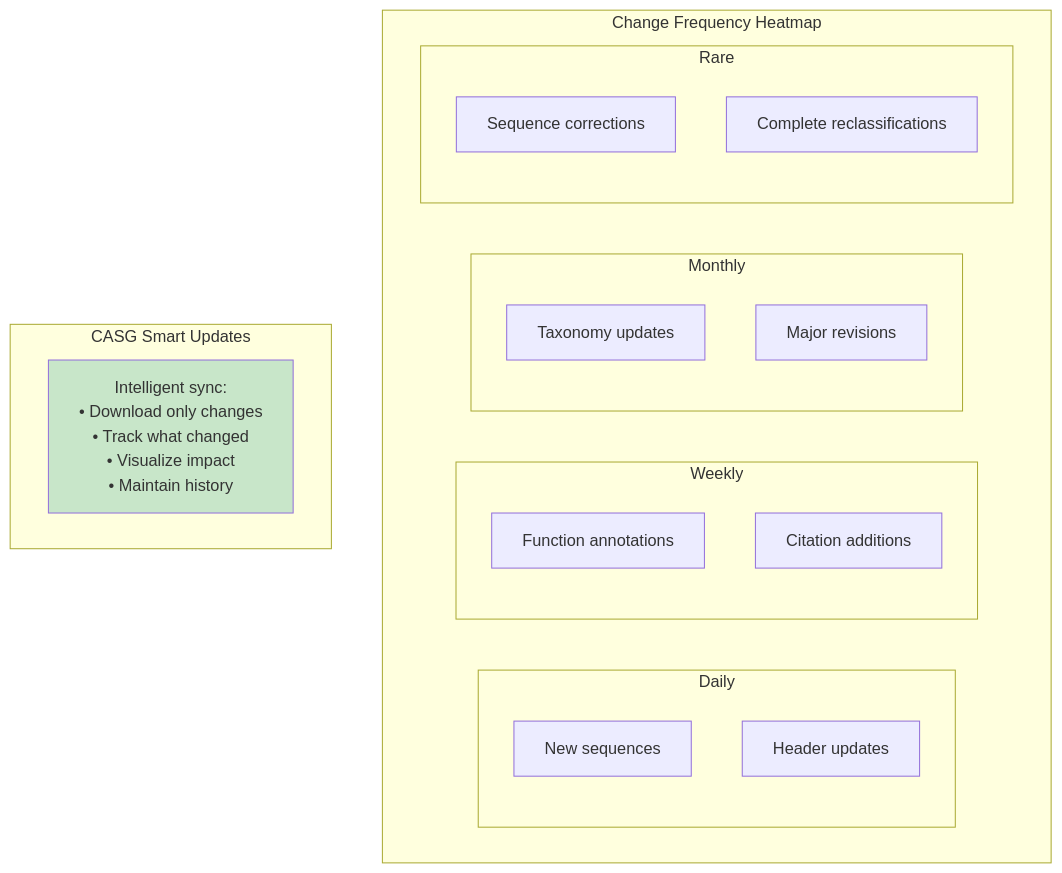
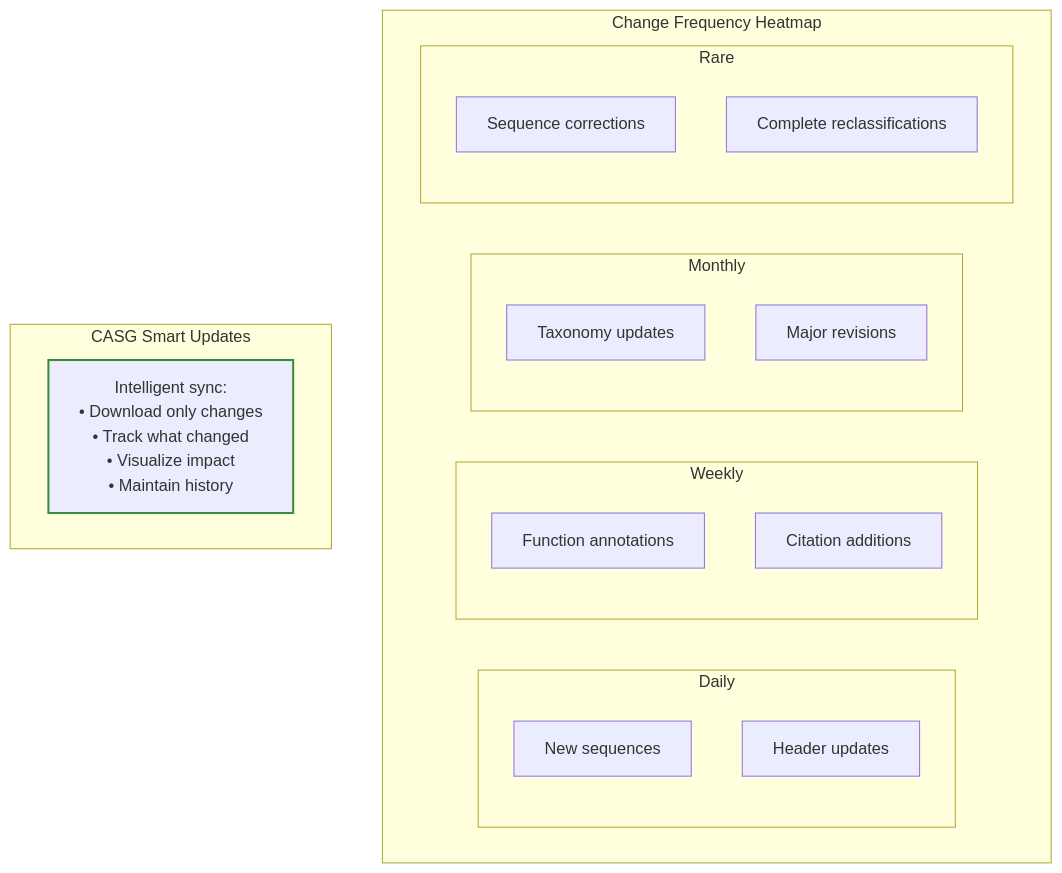
Diagram 12 of 12 in docs/src/casg/case-studies.md (bfowle/talaria), drawn with Mermaid before and after one commit. The commit also changed other lines of this file and 65 other files, not shown here.

````diff
--- a/docs/src/casg/case-studies.md
+++ b/docs/src/casg/case-studies.md
@@ -564,30 +659,30 @@
 ```mermaid
 graph TB
     subgraph "Change Frequency Heatmap"
         subgraph "Daily"
             D1[New sequences]
             D2[Header updates]
         end
 
         subgraph "Weekly"
             W1[Function annotations]
             W2[Citation additions]
         end
 
         subgraph "Monthly"
             M1[Taxonomy updates]
             M2[Major revisions]
         end
 
         subgraph "Rare"
             R1[Sequence corrections]
             R2[Complete reclassifications]
         end
     end
 
     subgraph "CASG Smart Updates"
         SMART[Intelligent sync:<br/>• Download only changes<br/>• Track what changed<br/>• Visualize impact<br/>• Maintain history]
 
-        style SMART fill:#c8e6c9
+        style SMART stroke:#388e3c,stroke-width:2px
     end
 ```
````
